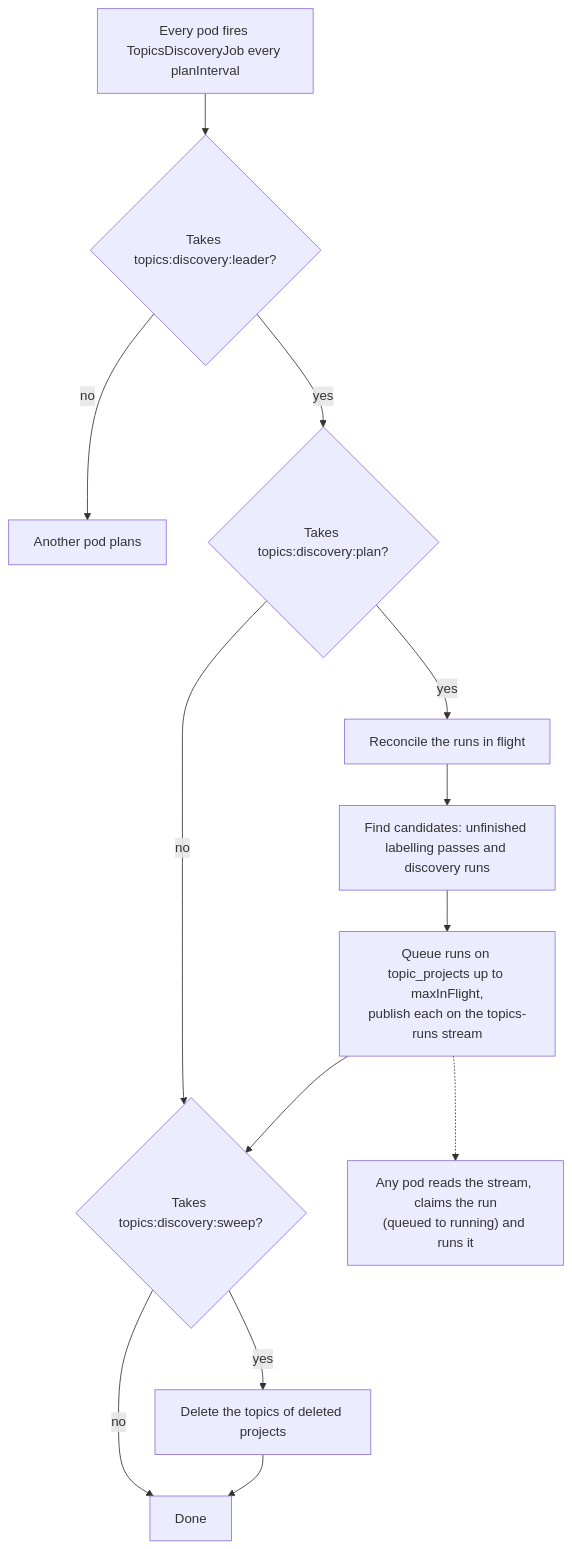
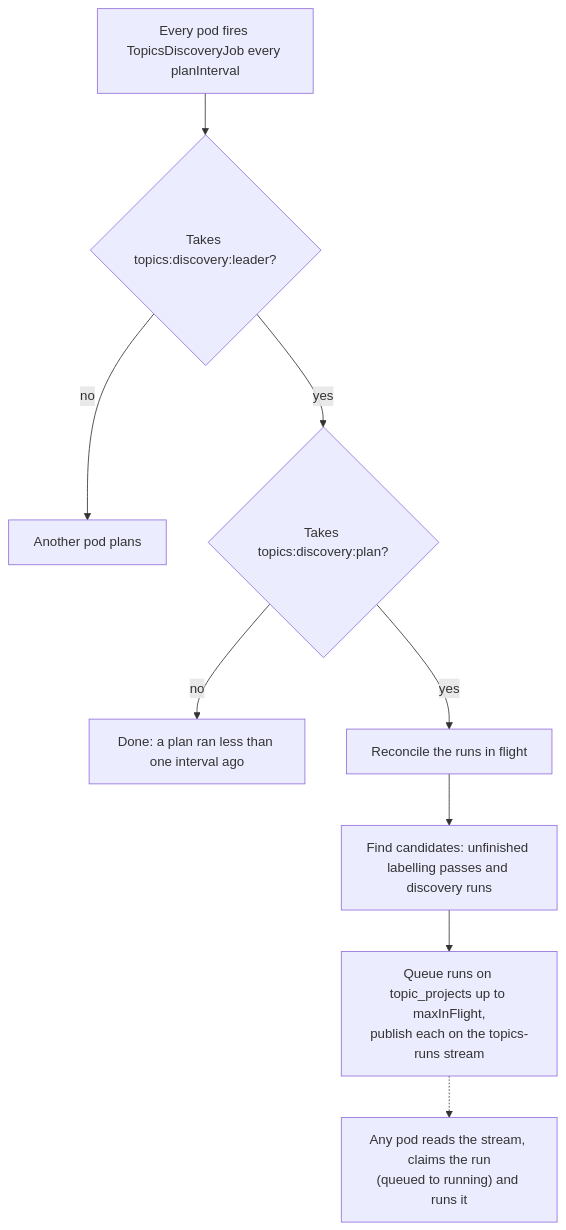
The diagram in apps/opik-backend/docs/ai-labels-runbook.md (comet-ml/opik), drawn with Mermaid before and after one commit. The commit also changed other lines of this file and 13 other files, not shown here.

First line of the commit message:
[OPIK-8987] [BE] refactor: Topics sweep job, topic data cleanup service and discovery job test follow-ups

````diff
--- a/apps/opik-backend/docs/ai-labels-runbook.md
+++ b/apps/opik-backend/docs/ai-labels-runbook.md
@@ -320,15 +320,11 @@
 ```mermaid
 flowchart TD
     A["Every pod fires TopicsDiscoveryJob every planInterval"] --> B{"Takes topics:discovery:leader?"}
     B -->|no| B1["Another pod plans"]
     B -->|yes| P{"Takes topics:discovery:plan?"}
-    P -->|no| S
+    P -->|no| E["Done: a plan ran less than one interval ago"]
     P -->|yes| R["Reconcile the runs in flight"]
     R --> C["Find candidates: unfinished labelling passes and discovery runs"]
     C --> Q["Queue runs on topic_projects up to maxInFlight,<br/>publish each on the topics-runs stream"]
-    Q --> S{"Takes topics:discovery:sweep?"}
-    S -->|yes| D["Delete the topics of deleted projects"]
-    S -->|no| E["Done"]
-    D --> E
     Q -.-> X["Any pod reads the stream, claims the run<br/>(queued to running) and runs it"]
 ```
````
